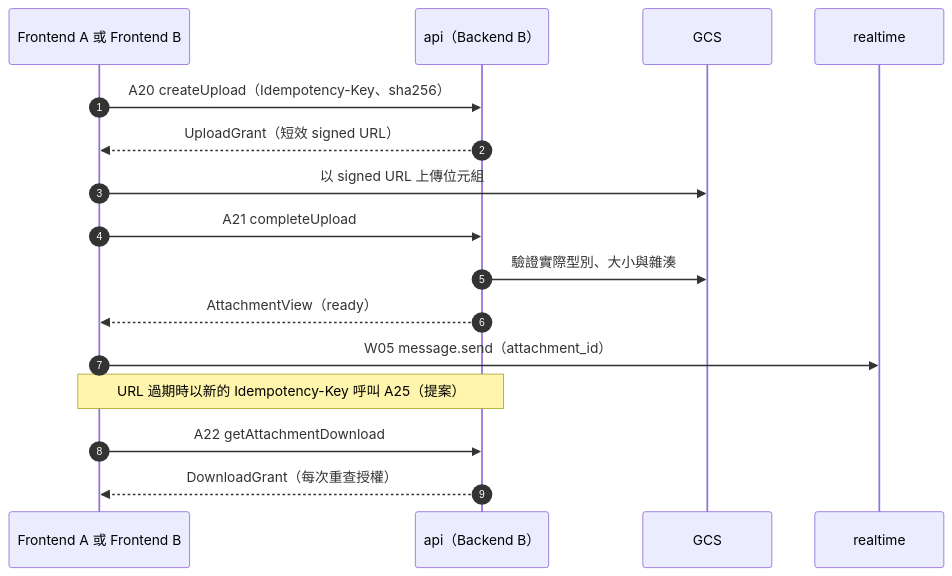
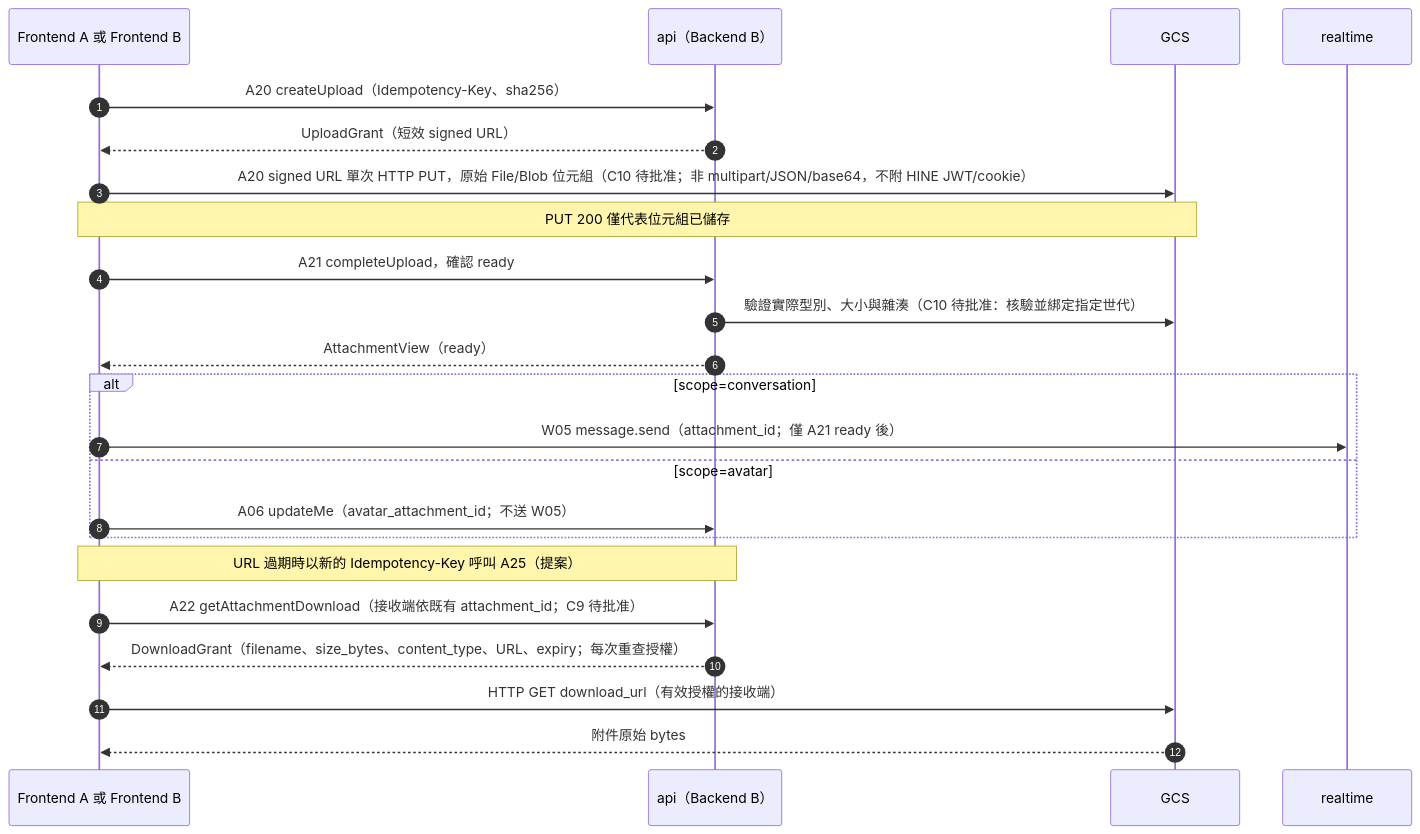
The sixth of 10 diagrams in docs/architecture/README.md (LeoCheng-space/Hine), drawn with Mermaid before and after one commit. The commit also changed other lines of this file and 43 other files, not shown here.

````diff
--- a/docs/architecture/README.md
+++ b/docs/architecture/README.md
@@ -225,18 +230,25 @@
 ```mermaid
 sequenceDiagram
   autonumber
   participant C as Frontend A 或 Frontend B
   participant B as api（Backend B）
   participant G as GCS
   participant R as realtime
   C->>B: A20 createUpload（Idempotency-Key、sha256）
   B-->>C: UploadGrant（短效 signed URL）
-  C->>G: 以 signed URL 上傳位元組
-  C->>B: A21 completeUpload
-  B->>G: 驗證實際型別、大小與雜湊
+  C->>G: A20 signed URL 單次 HTTP PUT，原始 File/Blob 位元組（C10 待批准；非 multipart/JSON/base64，不附 HINE JWT/cookie）
+  Note over C,G: PUT 200 僅代表位元組已儲存
+  C->>B: A21 completeUpload，確認 ready
+  B->>G: 驗證實際型別、大小與雜湊（C10 待批准：核驗並綁定指定世代）
   B-->>C: AttachmentView（ready）
-  C->>R: W05 message.send（attachment_id）
+  alt scope=conversation
+    C->>R: W05 message.send（attachment_id；僅 A21 ready 後）
+  else scope=avatar
+    C->>B: A06 updateMe（avatar_attachment_id；不送 W05）
+  end
   Note over C,B: URL 過期時以新的 Idempotency-Key 呼叫 A25（提案）
-  C->>B: A22 getAttachmentDownload
-  B-->>C: DownloadGrant（每次重查授權）
+  C->>B: A22 getAttachmentDownload（接收端依既有 attachment_id；C9 待批准）
+  B-->>C: DownloadGrant（filename、size_bytes、content_type、URL、expiry；每次重查授權）
+  C->>G: HTTP GET download_url（有效授權的接收端）
+  G-->>C: 附件原始 bytes
 ```
````
